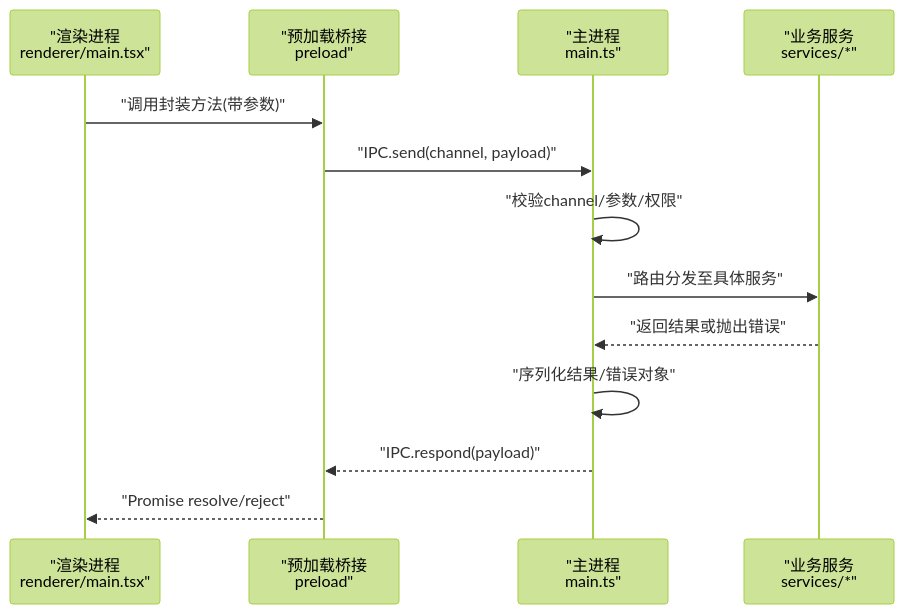
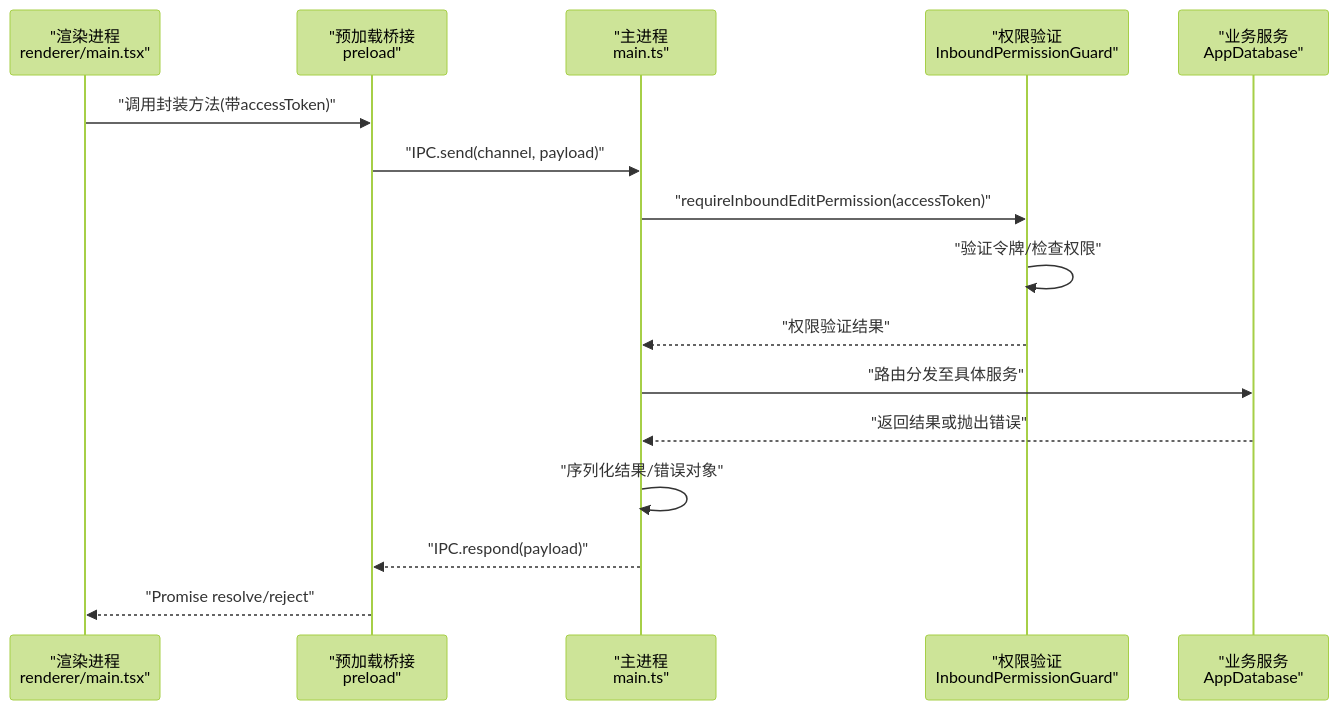
Before and after one commit to iljahofbauer219-lang/yandu: the second of 8 diagrams in .qoder/repowiki/zh/content/系统架构/IPC通信机制.md, drawn with Mermaid (forest theme). The commit also changed other lines of this file and 153 other files, not shown here.

````diff
--- a/.qoder/repowiki/zh/content/系统架构/IPC通信机制.md
+++ b/.qoder/repowiki/zh/content/系统架构/IPC通信机制.md
@@ -79,15 +79,18 @@
 ```mermaid
 sequenceDiagram
 participant UI as "渲染进程<br/>renderer/main.tsx"
 participant Bridge as "预加载桥接<br/>preload"
 participant Main as "主进程<br/>main.ts"
-participant Service as "业务服务<br/>services/*"
-UI->>Bridge : "调用封装方法(带参数)"
+participant Auth as "权限验证<br/>InboundPermissionGuard"
+participant Service as "业务服务<br/>AppDatabase"
+UI->>Bridge : "调用封装方法(带accessToken)"
 Bridge->>Main : "IPC.send(channel, payload)"
-Main->>Main : "校验channel/参数/权限"
+Main->>Auth : "requireInboundEditPermission(accessToken)"
+Auth->>Auth : "验证令牌/检查权限"
+Auth-->>Main : "权限验证结果"
 Main->>Service : "路由分发至具体服务"
 Service-->>Main : "返回结果或抛出错误"
 Main->>Main : "序列化结果/错误对象"
 Main-->>Bridge : "IPC.respond(payload)"
 Bridge-->>UI : "Promise resolve/reject"
 ```
````
